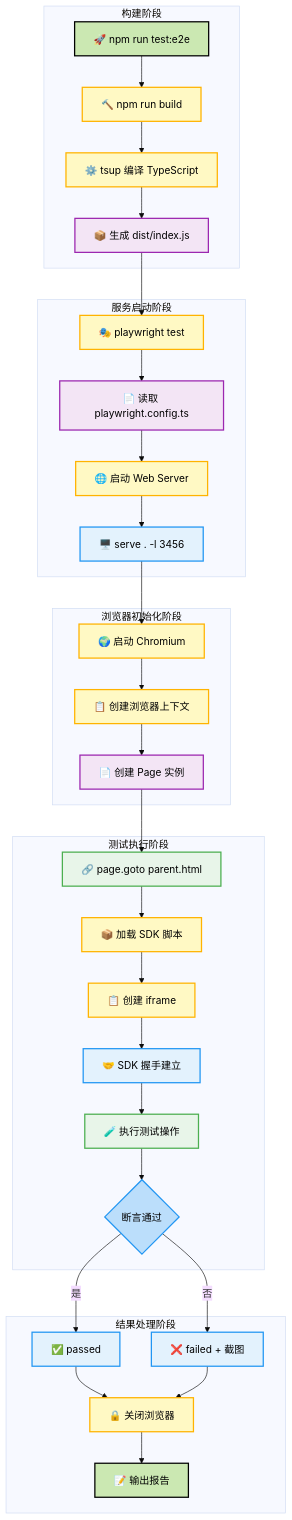
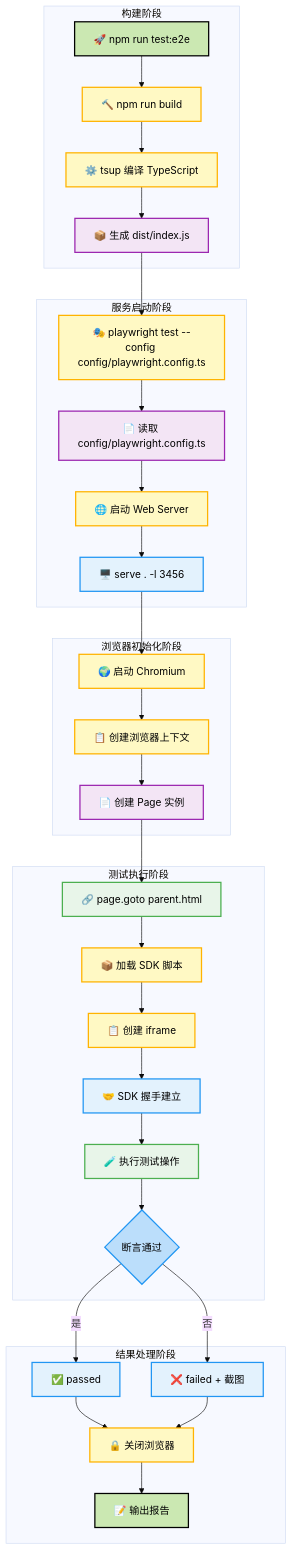
Before and after one commit to yuukiLike/iframe-link: the third of 9 diagrams in docs/TESTING_WORKFLOW.md, drawn with Mermaid (base theme). The commit also changed other lines of this file and 31 other files, not shown here.

````diff
--- a/docs/TESTING_WORKFLOW.md
+++ b/docs/TESTING_WORKFLOW.md
@@ -107,56 +107,56 @@
 ```mermaid
 flowchart TD
     subgraph 构建阶段
         A[🚀 npm run test:e2e]:::startNode
         B[🔨 npm run build]:::apiCall
         C[⚙️ tsup 编译 TypeScript]:::apiCall
         D[📦 生成 dist/index.js]:::dataDisplay
     end
 
     subgraph 服务启动阶段
-        E[🎭 playwright test]:::apiCall
-        F[📄 读取 playwright.config.ts]:::dataDisplay
+        E[🎭 playwright test --config config/playwright.config.ts]:::apiCall
+        F[📄 读取 config/playwright.config.ts]:::dataDisplay
         G[🌐 启动 Web Server]:::apiCall
         H[🖥️ serve . -l 3456]:::statusDisplay
     end
 
     subgraph 浏览器初始化阶段
         I[🌍 启动 Chromium]:::apiCall
         J[📋 创建浏览器上下文]:::apiCall
         K[📄 创建 Page 实例]:::dataDisplay
     end
 
     subgraph 测试执行阶段
         L[🔗 page.goto parent.html]:::userAction
         M[📦 加载 SDK 脚本]:::apiCall
         N[📋 创建 iframe]:::apiCall
         O[🤝 SDK 握手建立]:::statusDisplay
         P[🧪 执行测试操作]:::userAction
         Q{断言通过}:::condition
     end
 
     subgraph 结果处理阶段
         R[✅ passed]:::statusDisplay
         S[❌ failed + 截图]:::statusDisplay
         T[🔒 关闭浏览器]:::apiCall
         U[📝 输出报告]:::endNode
     end
 
     A --> B --> C --> D
     D --> E --> F --> G --> H
     H --> I --> J --> K
     K --> L --> M --> N --> O --> P --> Q
     Q -->|是| R
     Q -->|否| S
     R --> T
     S --> T
     T --> U
 
     classDef startNode fill:#CBE8B2,stroke:#000,stroke-width:2px,color:#000
     classDef endNode fill:#CBE8B2,stroke:#000,stroke-width:2px,color:#000
     classDef apiCall fill:#FFF9C4,stroke:#FFB300,stroke-width:2px,color:#000
     classDef dataDisplay fill:#F3E5F5,stroke:#9C27B0,stroke-width:2px,color:#000
     classDef userAction fill:#E8F5E9,stroke:#4CAF50,stroke-width:2px,color:#000
     classDef statusDisplay fill:#E3F2FD,stroke:#2196F3,stroke-width:2px,color:#000
     classDef condition fill:#BBDEFB,stroke:#2196F3,stroke-width:2px,color:#000
 ```
````
